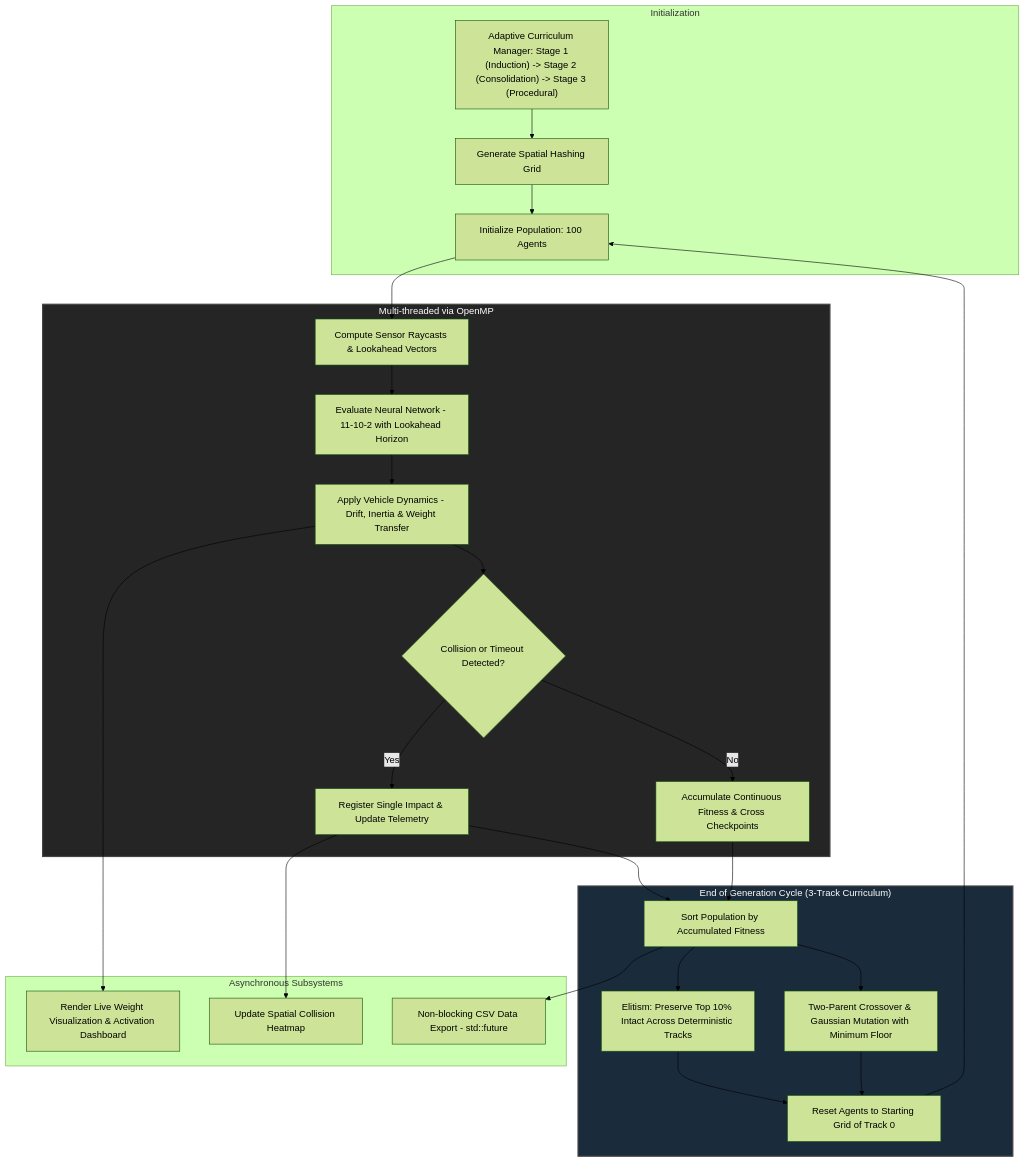
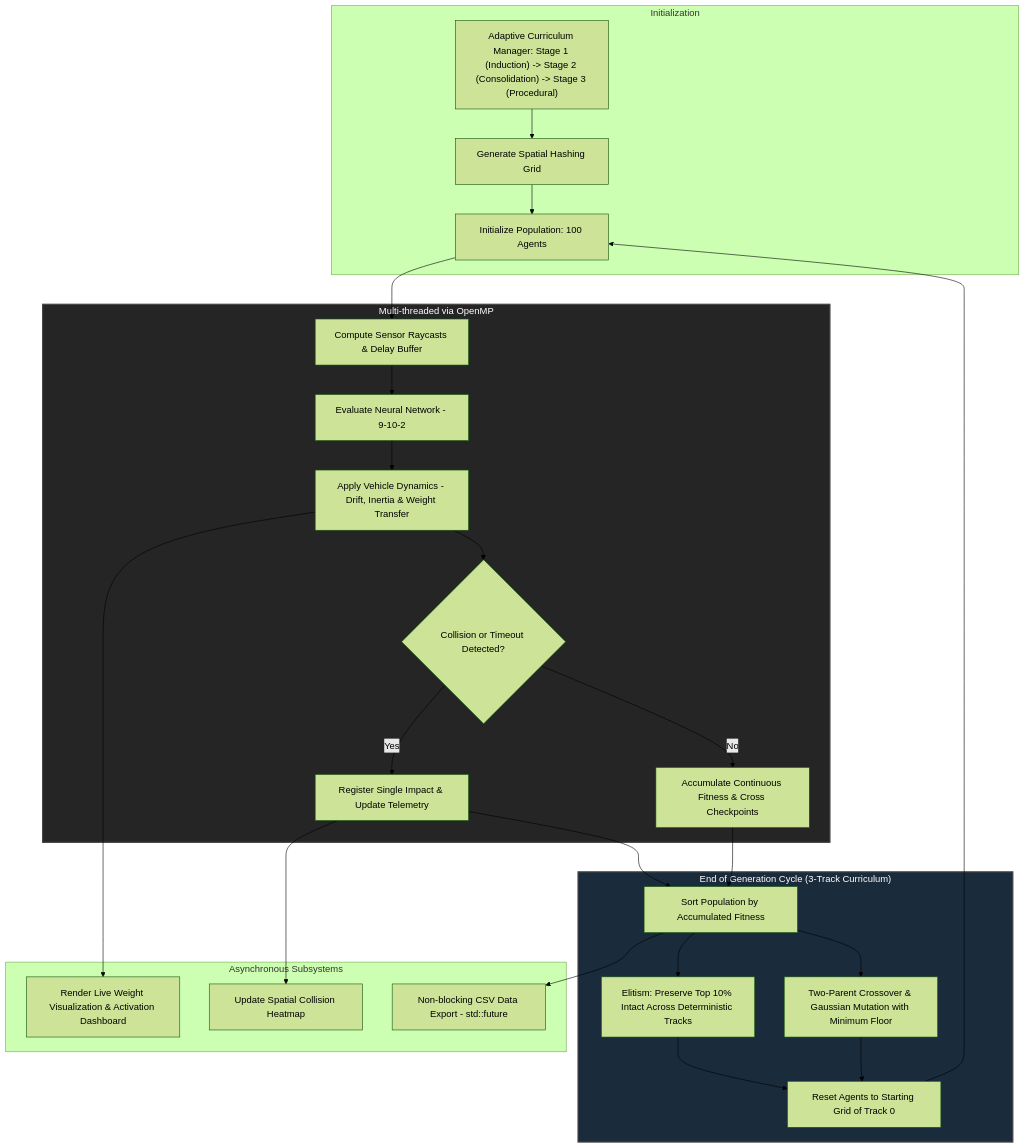
The diagram in README.md (jorgebd21/NeuralRacer-CPP), drawn with Mermaid (forest theme) before and after one commit. The commit also changed other lines of this file and 6 other files, not shown here.

````diff
--- a/README.md
+++ b/README.md
@@ -49,33 +49,33 @@
 ```mermaid
 flowchart TD
     subgraph Initialization
         A["Adaptive Curriculum Manager: Stage 1 (Induction) -> Stage 2 (Consolidation) -> Stage 3 (Procedural)"] --> B[Generate Spatial Hashing Grid]
         B --> C[Initialize Population: 100 Agents]
     end
 
     subgraph ParallelLoop ["Multi-threaded via OpenMP"]
-        C --> D[Compute Sensor Raycasts & Lookahead Vectors]
-        D --> E[Evaluate Neural Network - 11-10-2 with Lookahead Horizon]
+        C --> D[Compute Sensor Raycasts & Delay Buffer]
+        D --> E[Evaluate Neural Network - 9-10-2]
         E --> F[Apply Vehicle Dynamics - Drift, Inertia & Weight Transfer]
         F --> G{Collision or Timeout Detected?}
         G -- Yes --> H[Register Single Impact & Update Telemetry]
         G -- No --> I[Accumulate Continuous Fitness & Cross Checkpoints]
     end
 
     subgraph EvolutionaryPipeline ["End of Generation Cycle (3-Track Curriculum)"]
         H & I --> J[Sort Population by Accumulated Fitness]
         J --> K[Elitism: Preserve Top 10% Intact Across Deterministic Tracks]
         J --> L[Two-Parent Crossover & Gaussian Mutation with Minimum Floor]
         K & L --> M[Reset Agents to Starting Grid of Track 0]
         M --> C
     end
 
     subgraph AsyncSubsystems ["Asynchronous Subsystems"]
         F --> N[Render Live Weight Visualization & Activation Dashboard]
         H --> O[Update Spatial Collision Heatmap]
         J --> P[Non-blocking CSV Data Export - std::future]
     end
 
     style ParallelLoop fill:#252525,stroke:#444,stroke-width:2px,color:#fff
     style EvolutionaryPipeline fill:#1a2b3c,stroke:#444,stroke-width:2px,color:#fff
 ```
````
